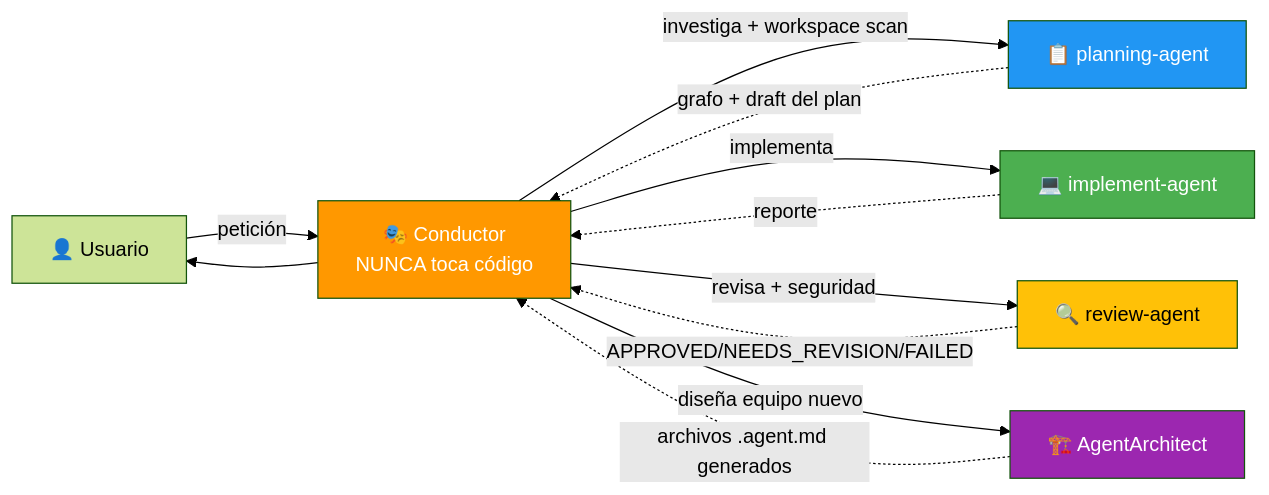
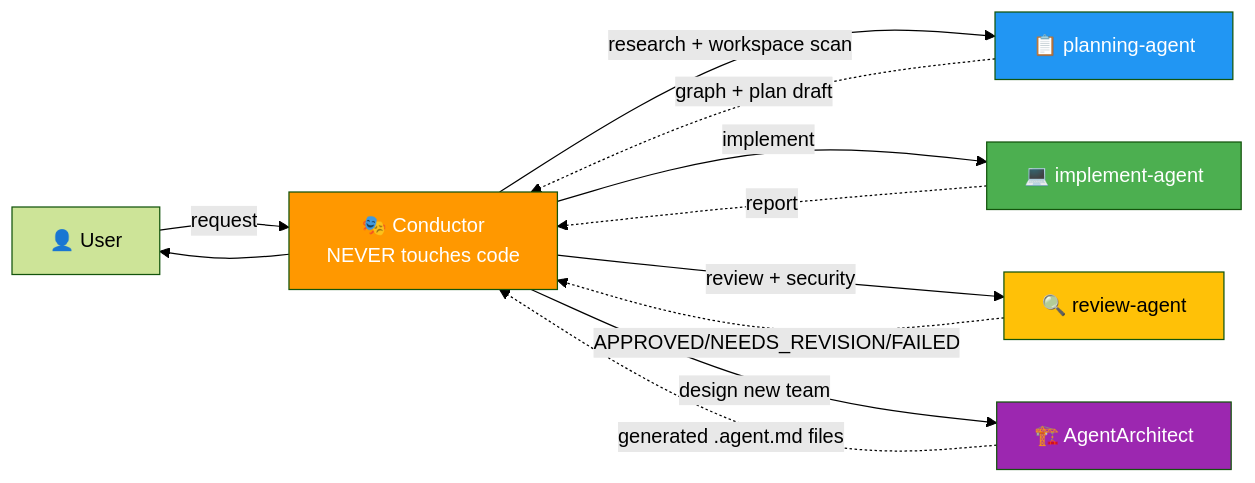
One commit to elisaul77/Orquestacion_Agentes_claude changed the diagram in README.md. Above: the diagram before and after it, drawn with Mermaid (forest theme). The commit also changed other lines of this file and 4 other files, not shown here.

````diff
--- a/README.md
+++ b/README.md
@@ -42,19 +45,19 @@
 ```mermaid
 flowchart LR
-    USER["👤 Usuario"] -->|"petición"| CONDUCTOR["🎭 Conductor\nNUNCA toca código"]
-    CONDUCTOR -->|"investiga + workspace scan"| PA["📋 planning-agent"]
-    CONDUCTOR -->|"implementa"| IA["💻 implement-agent"]
-    CONDUCTOR -->|"revisa + seguridad"| RA["🔍 review-agent"]
-    CONDUCTOR -->|"diseña equipo nuevo"| AA["🏗️ AgentArchitect"]
-    PA -.->|"grafo + draft del plan"| CONDUCTOR
-    IA -.->|"reporte"| CONDUCTOR
+    USER["👤 User"] -->|"request"| CONDUCTOR["🎭 Conductor\nNEVER touches code"]
+    CONDUCTOR -->|"research + workspace scan"| PA["📋 planning-agent"]
+    CONDUCTOR -->|"implement"| IA["💻 implement-agent"]
+    CONDUCTOR -->|"review + security"| RA["🔍 review-agent"]
+    CONDUCTOR -->|"design new team"| AA["🏗️ AgentArchitect"]
+    PA -.->|"graph + plan draft"| CONDUCTOR
+    IA -.->|"report"| CONDUCTOR
     RA -.->|"APPROVED/NEEDS_REVISION/FAILED"| CONDUCTOR
-    AA -.->|"archivos .agent.md generados"| CONDUCTOR
+    AA -.->|"generated .agent.md files"| CONDUCTOR
     CONDUCTOR --> USER
 
     style CONDUCTOR fill:#ff9800,color:#fff
     style PA fill:#2196f3,color:#fff
     style IA fill:#4caf50,color:#fff
     style RA fill:#ffc107,color:#000
     style AA fill:#9c27b0,color:#fff
 ```
````
